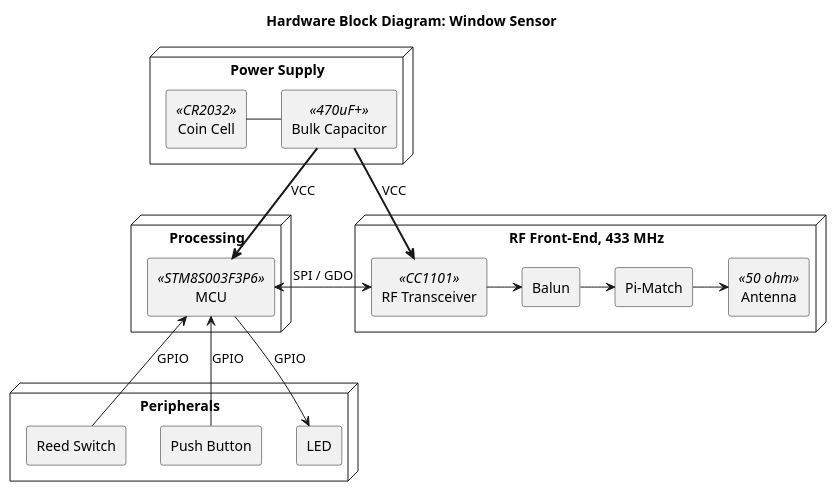
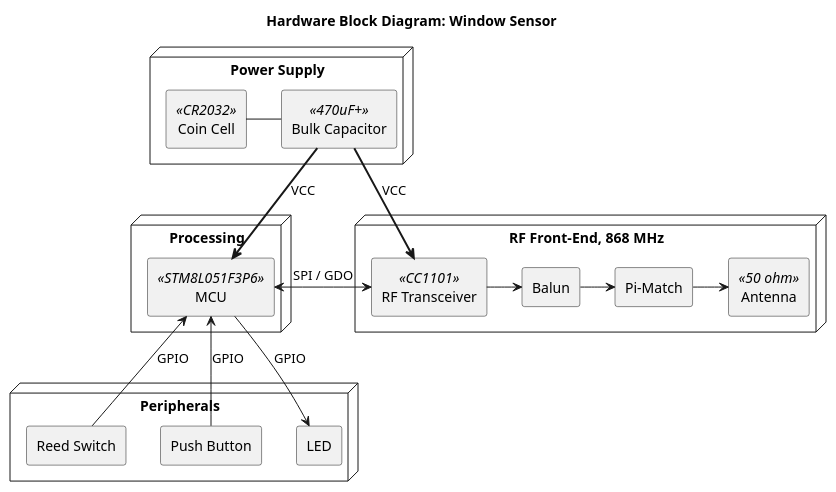
One commit to npeixoto64/ExitGuardian changed the diagram in docs/architecture/diagrams/sensor_hw_arch.puml. Above: the diagram before and after it, drawn with PlantUML. The commit also changed 9 other files, not shown here.

```diff
--- a/docs/architecture/diagrams/sensor_hw_arch.puml
+++ b/docs/architecture/diagrams/sensor_hw_arch.puml
@@ -1,51 +1,51 @@
 @startuml
 title Hardware Block Diagram: Window Sensor
 
 ' --- Style ---
 skinparam componentStyle rectangle
 skinparam monochrome true
 
 ' --- Components ---
 node "Power Supply" {
     [Coin Cell] as BATT << CR2032 >>
     [Bulk Capacitor] as CAP << 470uF+ >>
     
     ' Connect Battery and Cap in parallel visually
     BATT -right- CAP
 }
 
 node "Processing" {
-    [MCU] as CTRL << STM8S003F3P6 >>
+    [MCU] as CTRL << STM8L051F3P6 >>
 }
 
-node "RF Front-End, 433 MHz" {
+node "RF Front-End, 868 MHz" {
     [RF Transceiver] as RF_CHIP << CC1101 >>
     [Balun] as BAL
     [Pi-Match] as PI_NET
     [Antenna] as ANT << 50 ohm >>
 }
 
 node "Peripherals" {
     [Reed Switch] as REED
     [Push Button] as BTN
     [LED] as STATUS_LED
 }
 
 ' --- Connections ---
 
 ' Power Distribution (Parallel connection from Power node)
 CAP -[bold]-> CTRL : VCC
 CAP -[bold]-> RF_CHIP : VCC
 
 ' Logic/Signals
 CTRL <-> RF_CHIP : SPI / GDO
 REED -up-> CTRL : GPIO
 BTN -up-> CTRL : GPIO
 STATUS_LED <-up- CTRL : GPIO
 
 ' RF Path
 RF_CHIP -right-> BAL
 BAL -right-> PI_NET
 PI_NET -right-> ANT
 
 @enduml
```
